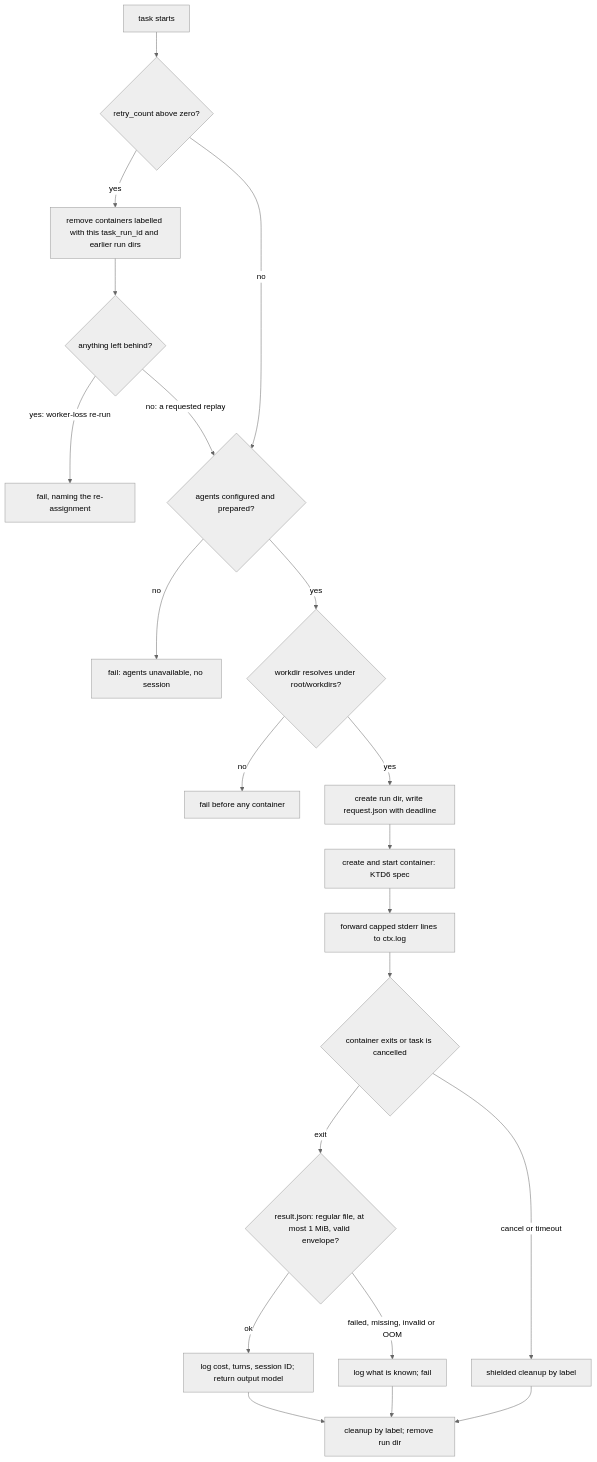
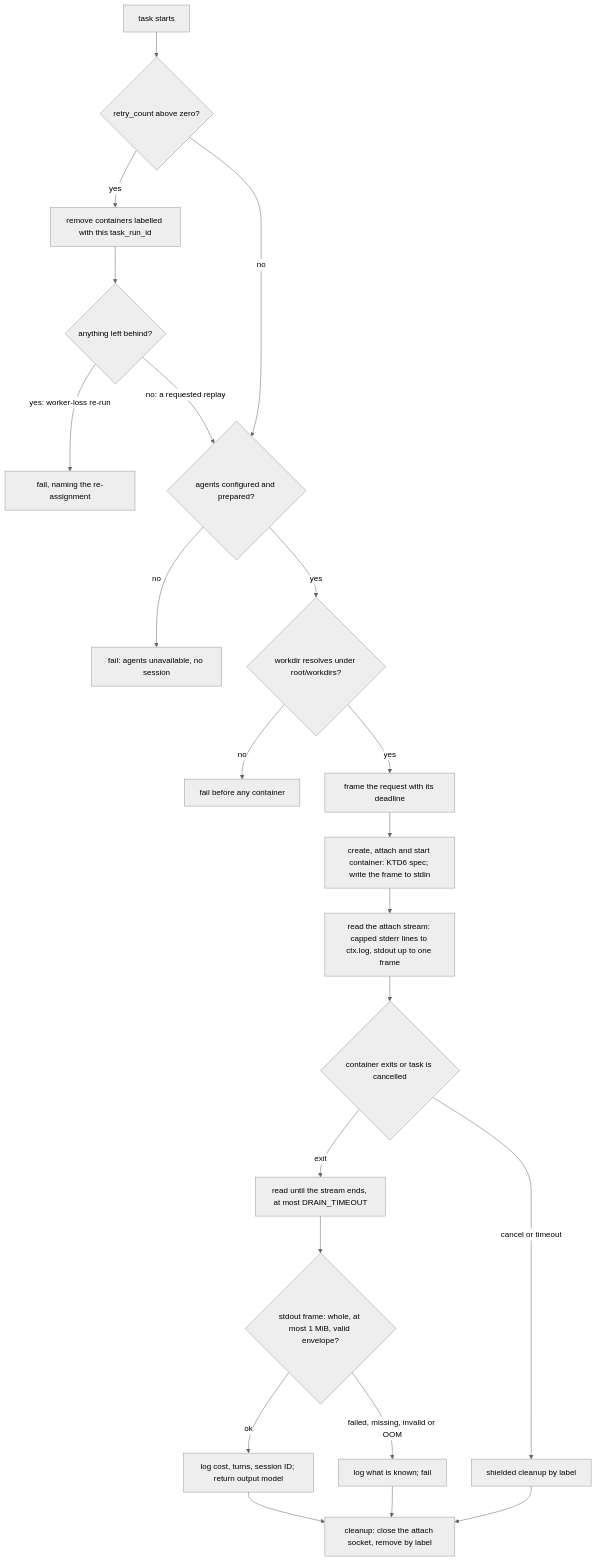
Before and after one commit to thatsnotmynameio/corvo: the third of 4 diagrams in docs/plans/2026-10-15-0020-feat-agents-skeleton-plan.md, drawn with Mermaid (neutral theme). The commit also changed other lines of this file and 7 other files, not shown here.

First line of the commit message:
docs: have the agents plans describe the request over stdin

````diff
--- a/docs/plans/2026-10-15-0020-feat-agents-skeleton-plan.md
+++ b/docs/plans/2026-10-15-0020-feat-agents-skeleton-plan.md
@@ -465,23 +466,24 @@
 ```mermaid
 flowchart TB
   S[task starts] --> R{retry_count above zero?}
-  R -->|yes| RR[remove containers labelled with this task_run_id and earlier run dirs]
+  R -->|yes| RR[remove containers labelled with this task_run_id]
   RR --> RL{anything left behind?}
   RL -->|yes: worker-loss re-run| RX[fail, naming the re-assignment]
   RL -->|no: a requested replay| C
   R -->|no| C{agents configured and prepared?}
   C -->|no| F1[fail: agents unavailable, no session]
   C -->|yes| W{workdir resolves under root/workdirs?}
   W -->|no| F2[fail before any container]
-  W -->|yes| D[create run dir, write request.json with deadline]
-  D --> K[create and start container: KTD6 spec]
-  K --> ST[forward capped stderr lines to ctx.log]
+  W -->|yes| D[frame the request with its deadline]
+  D --> K[create, attach and start container: KTD6 spec; write the frame to stdin]
+  K --> ST[read the attach stream: capped stderr lines to ctx.log, stdout up to one frame]
   ST --> WT{container exits or task is cancelled}
   WT -->|cancel or timeout| X[shielded cleanup by label]
-  WT -->|exit| RD{result.json: regular file, at most 1 MiB, valid envelope?}
+  WT -->|exit| DR[read until the stream ends, at most DRAIN_TIMEOUT]
+  DR --> RD{stdout frame: whole, at most 1 MiB, valid envelope?}
   RD -->|ok| V[log cost, turns, session ID; return output model]
   RD -->|failed, missing, invalid or OOM| F3[log what is known; fail]
-  V --> CL[cleanup by label; remove run dir]
+  V --> CL[cleanup: close the attach socket, remove by label]
   F3 --> CL
   X --> CL
 ```
````
